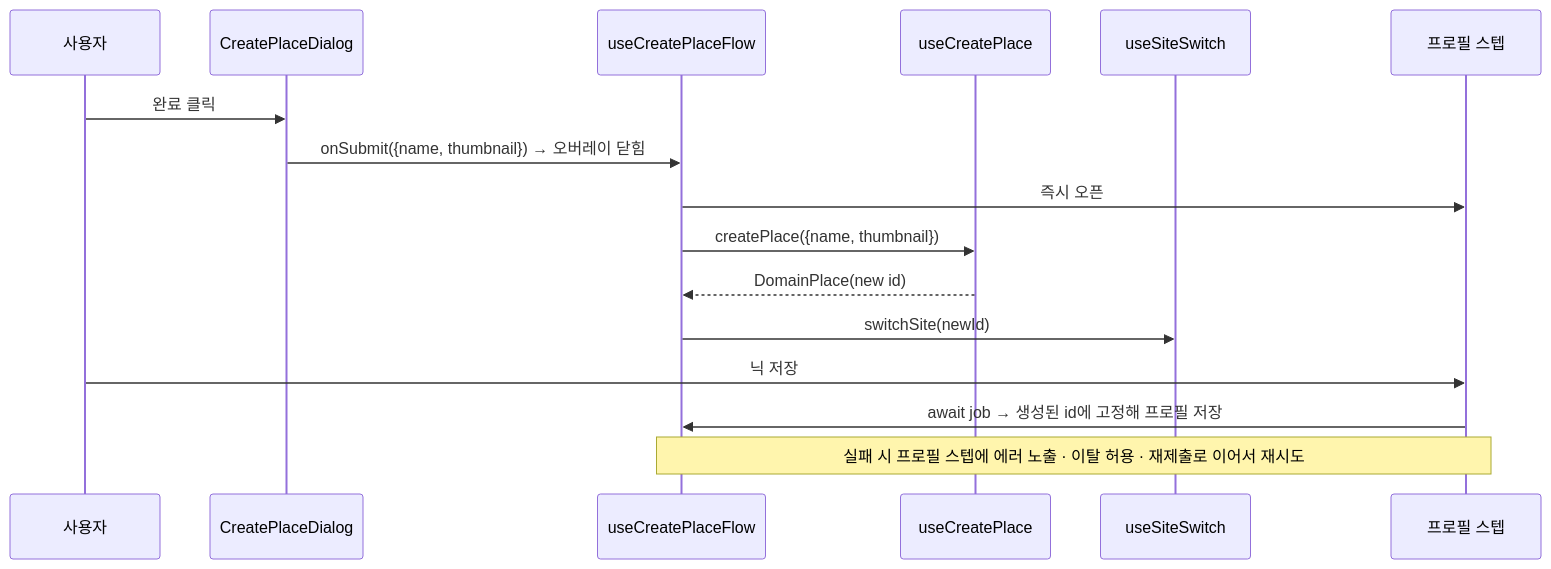
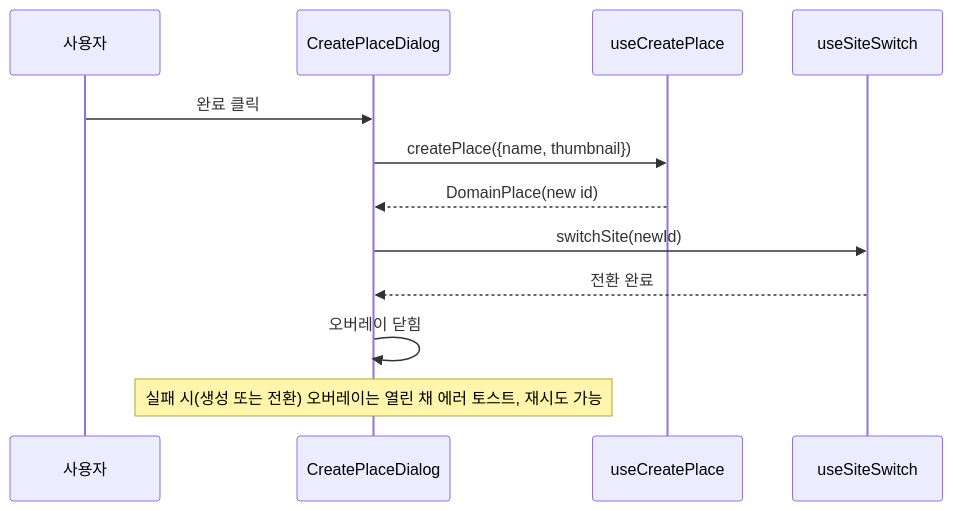
Before and after one commit to lemoncloud-io/dou-app: the second of 2 diagrams in apps/web/docs/feature/home/place-channel-create.md, drawn with Mermaid. The commit also changed other lines of this file and 11 other files, not shown here.

First line of the commit message:
refactor(web/home): fold the create-place flow back into the dialog, drop the mandatory profile step

````diff
--- a/apps/web/docs/feature/home/place-channel-create.md
+++ b/apps/web/docs/feature/home/place-channel-create.md
@@ -119,18 +119,14 @@
 ```mermaid
 sequenceDiagram
     participant U as 사용자
     participant D as CreatePlaceDialog
-    participant F as useCreatePlaceFlow
     participant H as useCreatePlace
     participant S as useSiteSwitch
-    participant P as 프로필 스텝
     U->>D: 완료 클릭
-    D->>F: onSubmit({name, thumbnail}) → 오버레이 닫힘
-    F->>P: 즉시 오픈
-    F->>H: createPlace({name, thumbnail})
-    H-->>F: DomainPlace(new id)
-    F->>S: switchSite(newId)
-    U->>P: 닉 저장
-    P->>F: await job → 생성된 id에 고정해 프로필 저장
-    Note over F,P: 실패 시 프로필 스텝에 에러 노출 · 이탈 허용 · 재제출로 이어서 재시도
+    D->>H: createPlace({name, thumbnail})
+    H-->>D: DomainPlace(new id)
+    D->>S: switchSite(newId)
+    S-->>D: 전환 완료
+    D->>D: 오버레이 닫힘
+    Note over D: 실패 시(생성 또는 전환) 오버레이는 열린 채 에러 토스트, 재시도 가능
 ```
````
